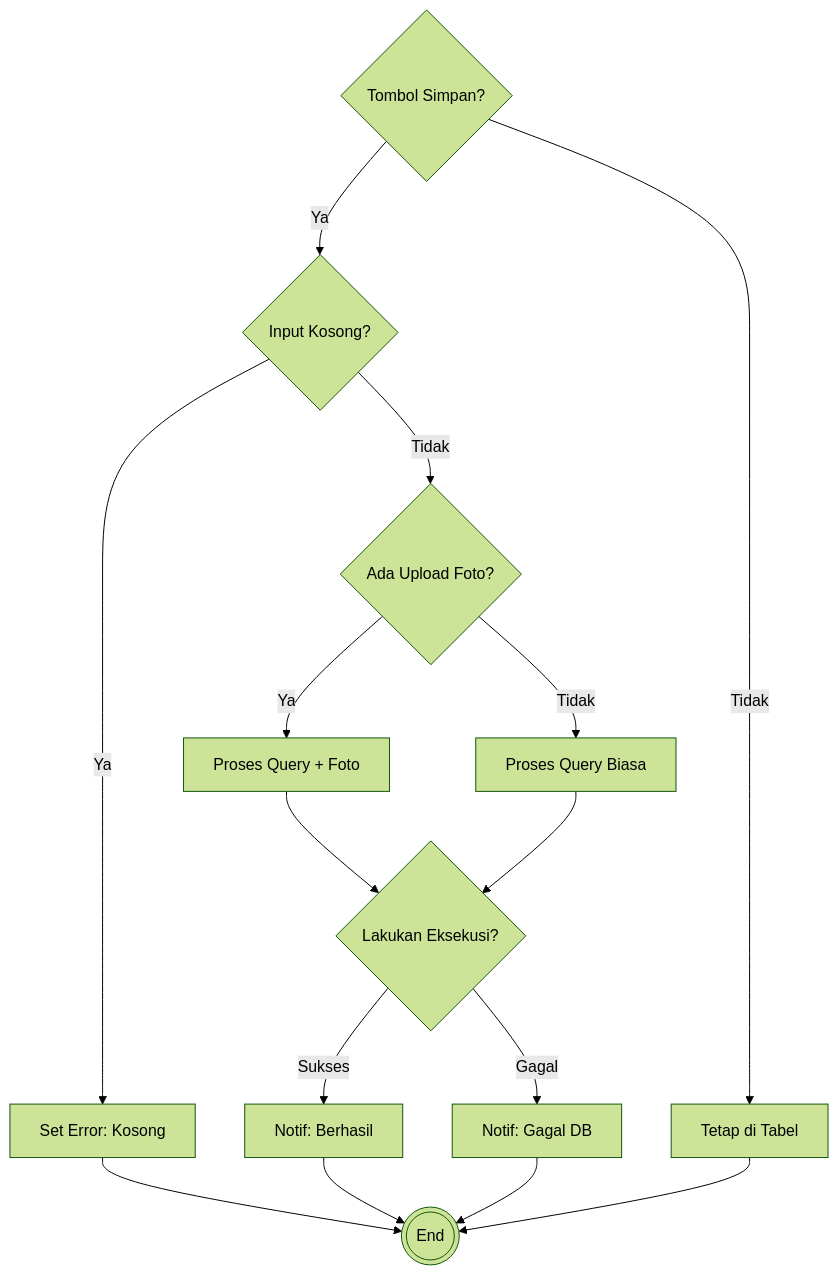
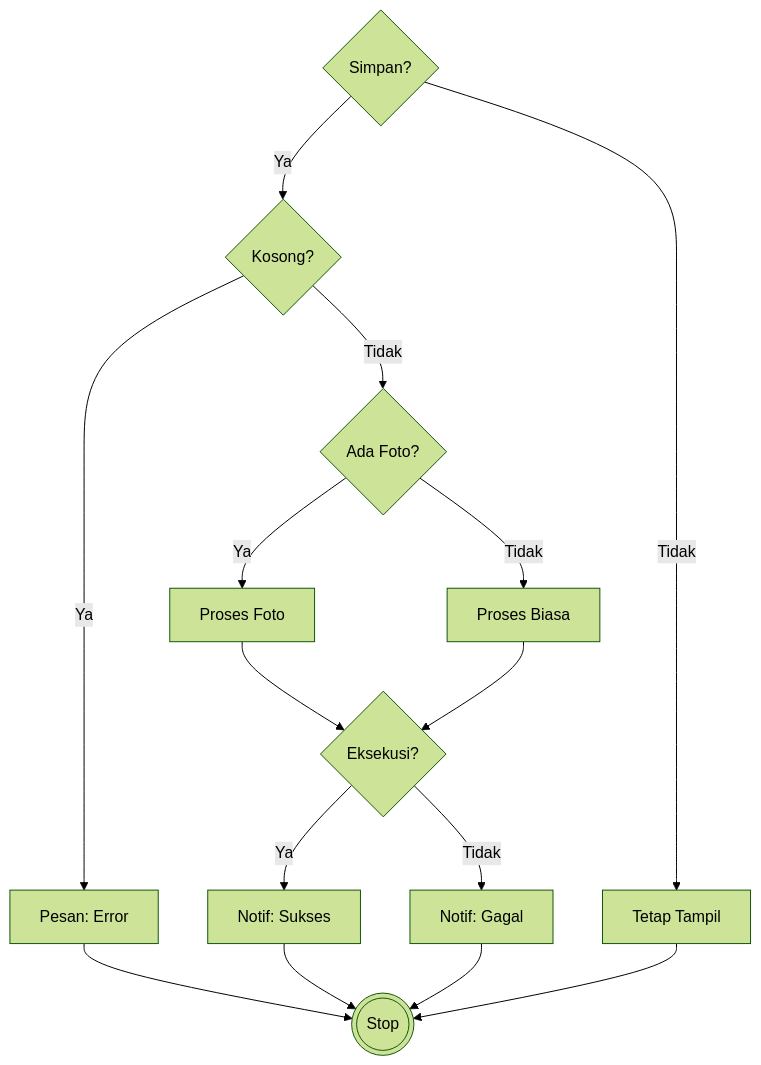
One commit to arbain-dev/Web_fikom changed the fifth of 6 diagrams in docs/07_PENGUJIAN_WHITE_BOX.md. Above: the diagram before and after it, drawn with Mermaid (forest theme). The commit also changed other lines of this file, not shown here.

````diff
--- a/docs/07_PENGUJIAN_WHITE_BOX.md
+++ b/docs/07_PENGUJIAN_WHITE_BOX.md
@@ -199,22 +254,22 @@
 ```mermaid
 flowchart TD
-    1{Tombol Simpan?} -->|Ya| 2{Input Kosong?}
-    1 -->|Tidak| 10[Tetap di Tabel]
+    1{Simpan?} -->|Ya| 2{Kosong?}
+    1 -->|Tidak| 10[Tetap Tampil]
     
-    2 -->|Ya| 3[Set Error: Kosong]
-    2 -->|Tidak| 4{Ada Upload Foto?}
+    2 -->|Ya| 3[Pesan: Error]
+    2 -->|Tidak| 4{Ada Foto?}
     
-    4 -->|Ya| 5[Proses Query + Foto]
-    4 -->|Tidak| 6[Proses Query Biasa]
+    4 -->|Ya| 5[Proses Foto]
+    4 -->|Tidak| 6[Proses Biasa]
     
-    5 --> 7{Lakukan Eksekusi?}
+    5 --> 7{Eksekusi?}
     6 --> 7
     
-    7 -->|Sukses| 8[Notif: Berhasil]
-    7 -->|Gagal| 9[Notif: Gagal DB]
+    7 -->|Ya| 8[Notif: Sukses]
+    7 -->|Tidak| 9[Notif: Gagal]
     
-    3 --> 11(((End)))
+    3 --> 11(((Stop)))
     8 --> 11
     9 --> 11
     10 --> 11
 ```
````
